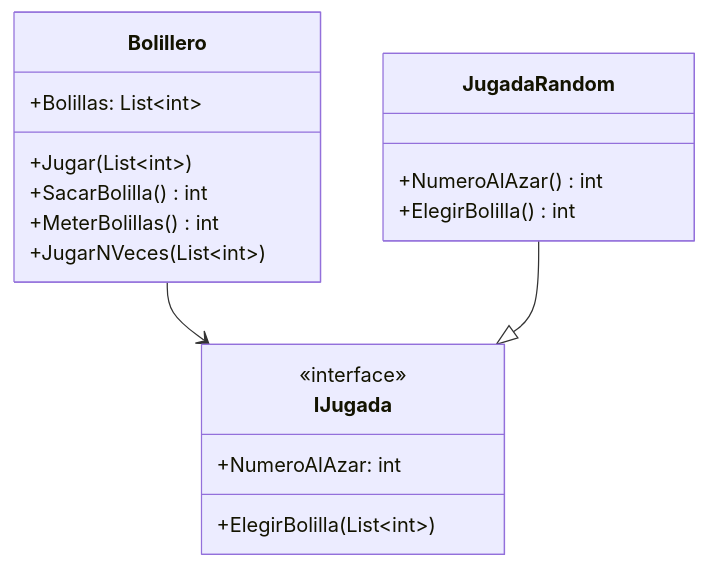
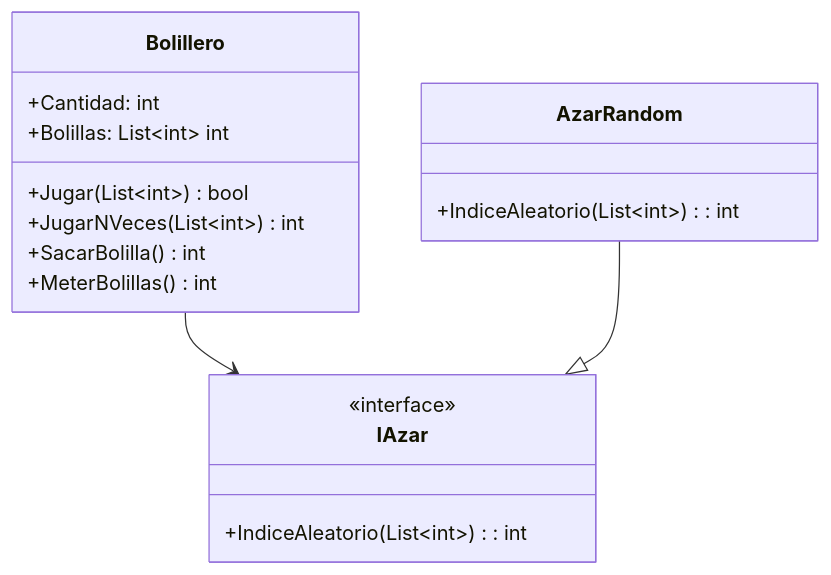
The diagram in docs/README.md (Lucia-Barcenas/TP-Bolillero), drawn with Mermaid before and after one commit. The commit also changed 3 other files, not shown here.

````diff
--- a/docs/README.md
+++ b/docs/README.md
@@ -3,23 +3,22 @@
 ```mermaid
 classDiagram
     class Bolillero{
-        +Bolillas: List~int~
-        +Jugar(List~int~)
+        +Cantidad: int
+        +Bolillas: List~int~ int
+        +Jugar(List~int~) bool
+        +JugarNVeces (List~int~) int
         +SacarBolilla() int
         +MeterBolillas() int
-        +JugarNVeces(List~int~)
     }
-    class IJugada{
+    class IAzar{
         <<interface>>
-        +NumeroAlAzar: int
-        +ElegirBolilla(List~int~)
+        +IndiceAleatorio(List~int~): int
     }
-    class JugadaRandom{
-        +NumeroAlAzar() int
-        +ElegirBolilla() int
+    class AzarRandom{
+        +IndiceAleatorio(List~int~): int
     }
-    Bolillero --> IJugada
-    JugadaRandom --|> IJugada
+    Bolillero --> IAzar
+    AzarRandom --|> IAzar
 
     
 ```
````
